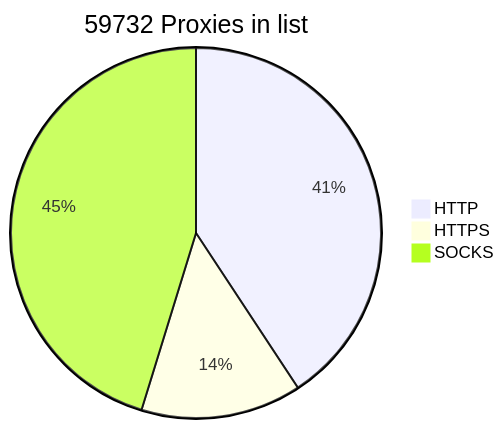
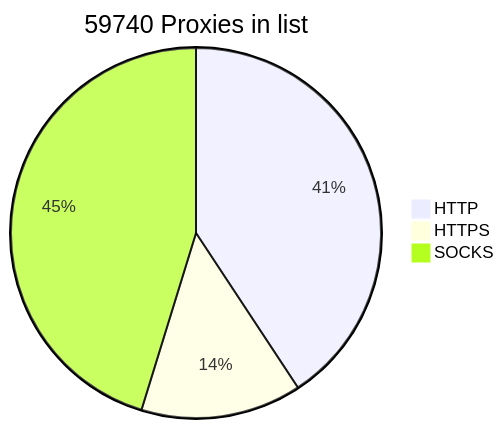
The diagram in README.md (BlackSnowDot/proxylist-update-every-minute), drawn with Mermaid before and after one commit.

````diff
--- a/README.md
+++ b/README.md
@@ -2,6 +2,6 @@
 ```mermaid
-pie title 59732 Proxies in list
-    "HTTP" : 27468
-    "HTTPS": 9456
-    "SOCKS" : 30512
+pie title 59740 Proxies in list
+    "HTTP" : 27464
+    "HTTPS": 9468
+    "SOCKS" : 30511
 ```
````
